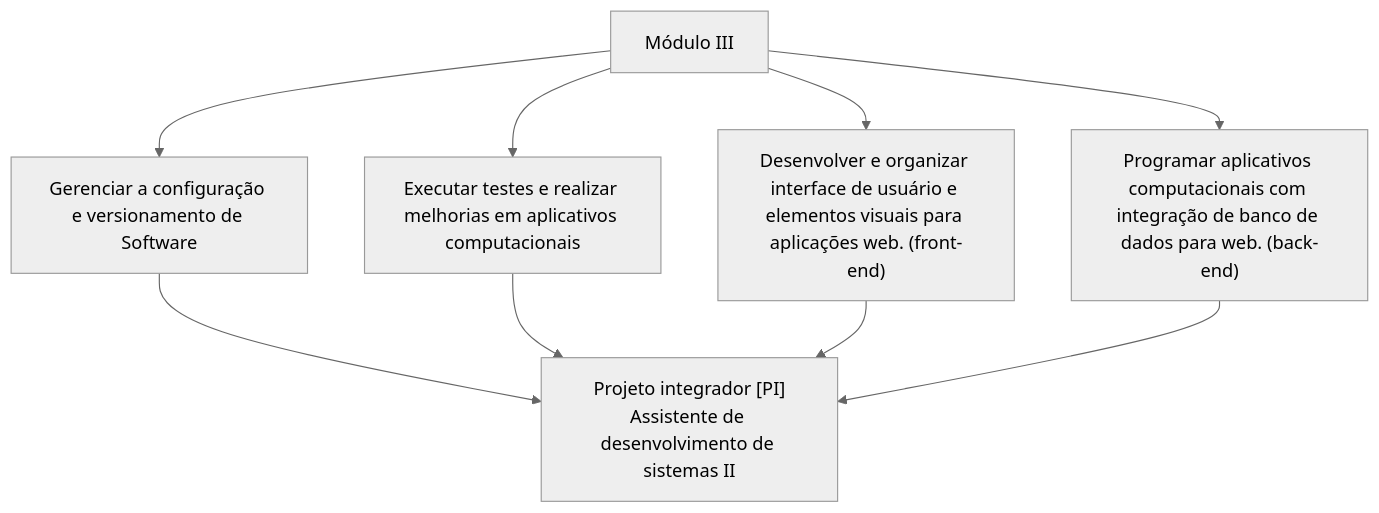
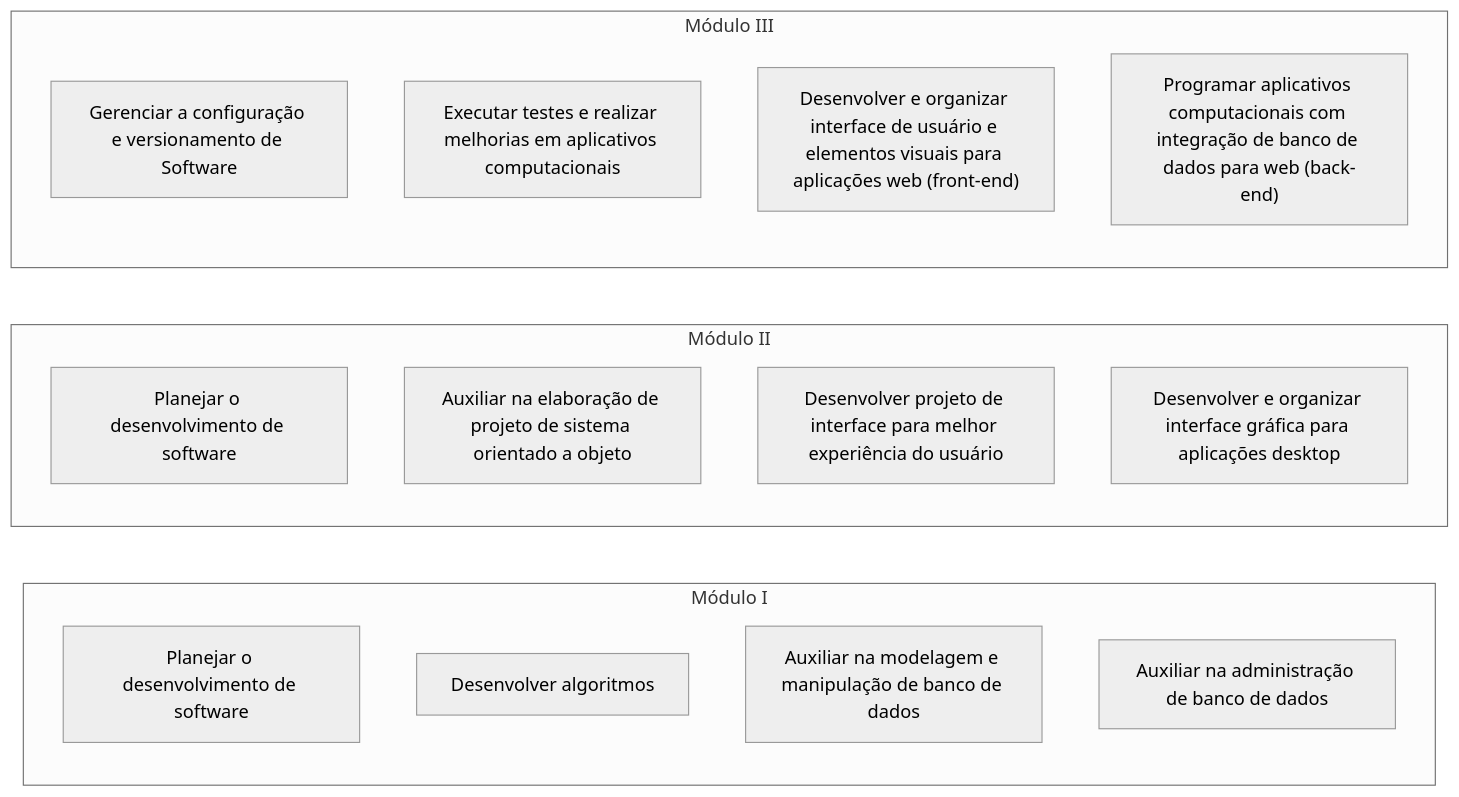
The diagram in profile/README.md (TDS-ATIVIDADES/.github), drawn with Mermaid (neutral theme) before and after one commit. The commit also changed other lines of this file, not shown here.

Commit message:
Refactor mermaid diagrams for course modules

````diff
--- a/profile/README.md
+++ b/profile/README.md
@@ -53,14 +25,23 @@
 ```mermaid
-flowchart TD
-    Modulo1["Módulo III"]
-    Subject1["Gerenciar a configuração e versionamento de Software"]
-    Subject2["Executar testes e realizar melhorias em aplicativos computacionais"]
-    Subject3["Desenvolver e organizar interface de usuário e elementos visuais para aplicações web. (front-end)"]
-    Subject4["Programar aplicativos computacionais com integração de banco de dados para web. (back-end)"]
-    PI["Projeto integrador [PI]<br/>Assistente de desenvolvimento de sistemas II"]
-    
-    Modulo1 --> Subject1 --> PI
-    Modulo1 --> Subject2 --> PI
-    Modulo1 --> Subject3 --> PI
-    Modulo1 --> Subject4 --> PI
+flowchart LR
+  subgraph ModuloI["Módulo I"]
+    A1["Planejar o desenvolvimento de software"]
+    A2["Desenvolver algoritmos"]
+    A3["Auxiliar na modelagem e manipulação de banco de dados"]
+    A4["Auxiliar na administração de banco de dados"]
+  end
+
+  subgraph ModuloII["Módulo II"]
+    B1["Planejar o desenvolvimento de software"]
+    B2["Auxiliar na elaboração de projeto de sistema orientado a objeto"]
+    B3["Desenvolver projeto de interface para melhor experiência do usuário"]
+    B4["Desenvolver e organizar interface gráfica para aplicações desktop"]
+  end
+
+  subgraph ModuloIII["Módulo III"]
+    C1["Gerenciar a configuração e versionamento de Software"]
+    C2["Executar testes e realizar melhorias em aplicativos computacionais"]
+    C3["Desenvolver e organizar interface de usuário e elementos visuais para aplicações web (front-end)"]
+    C4["Programar aplicativos computacionais com integração de banco de dados para web (back-end)"]
+  end
 ```
````
